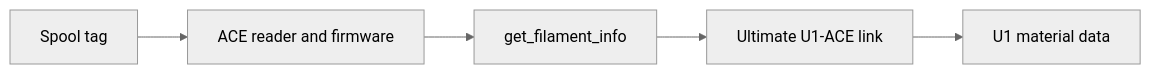
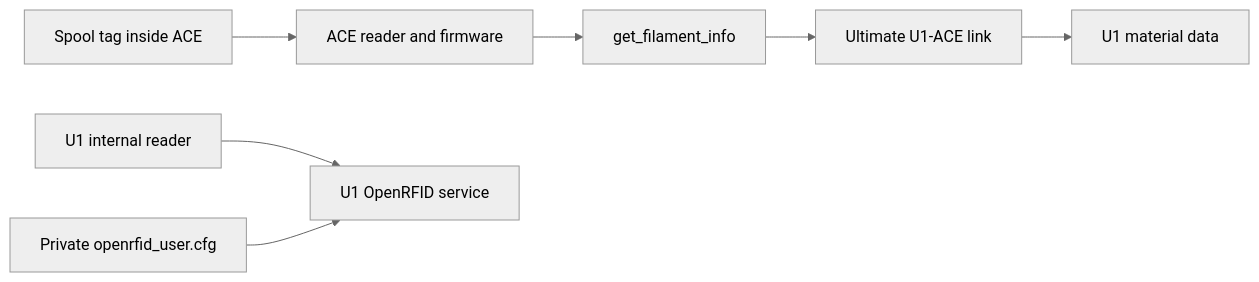
Before and after one commit to Alexantry/Ultimate-U1-ACE-link: the diagram in docs/nfc.md, drawn with Mermaid (neutral theme). The commit also changed other lines of this file and 35 other files, not shown here.

````diff
--- a/docs/nfc.md
+++ b/docs/nfc.md
@@ -7,7 +60,9 @@
 ```mermaid
 flowchart LR
-    Tag[Spool tag] --> Reader[ACE reader and firmware]
+    Tag[Spool tag inside ACE] --> Reader[ACE reader and firmware]
     Reader --> Data[get_filament_info]
     Data --> Port[Ultimate U1-ACE link]
     Port --> U1[U1 material data]
+    Internal[U1 internal reader] --> OpenRFID[U1 OpenRFID service]
+    Keys[Private openrfid_user.cfg] --> OpenRFID
 ```
````
